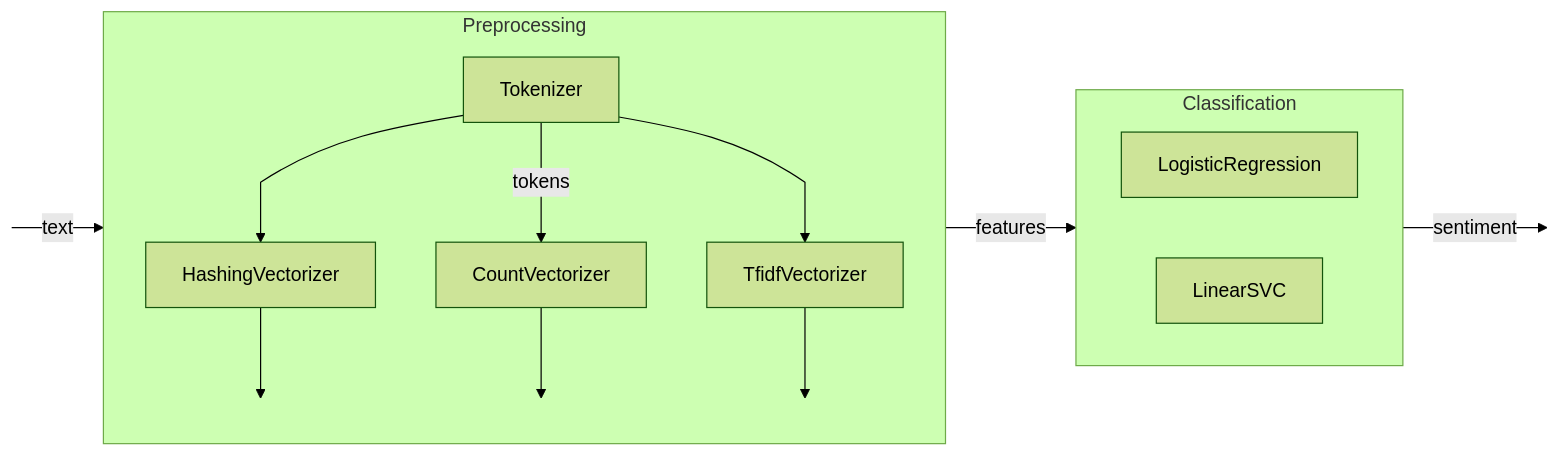
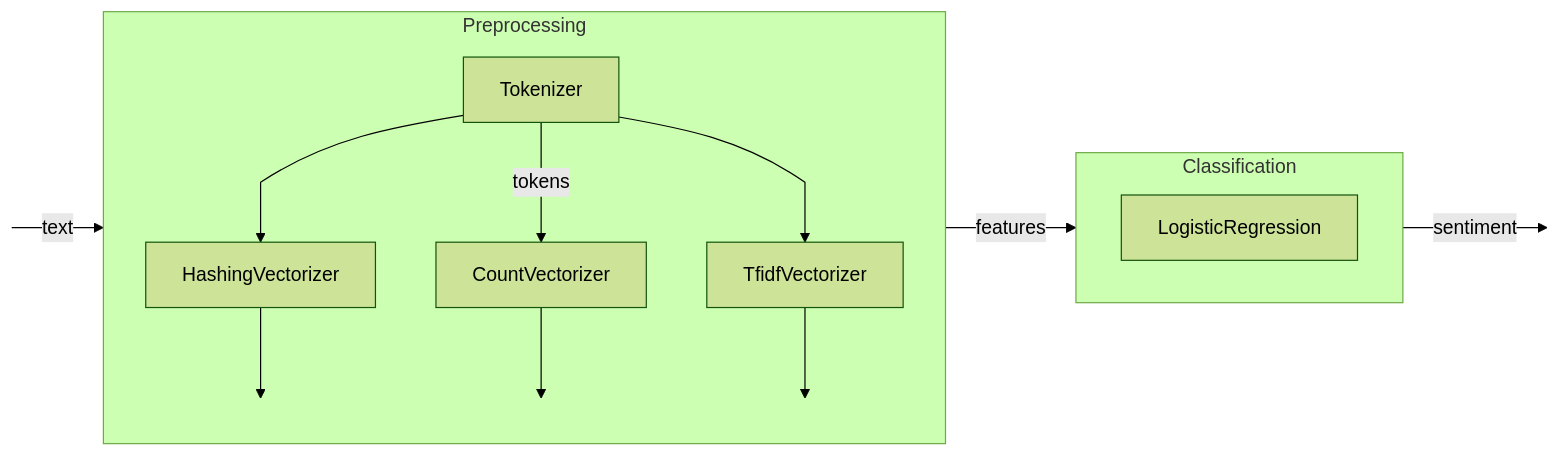
Before and after one commit to Tymec/movie-recommender: the diagram in README.md, drawn with Mermaid (forest theme). The commit also changed other lines of this file and 7 other files, not shown here.

````diff
--- a/README.md
+++ b/README.md
@@ -175,33 +171,32 @@
 ```mermaid
 %%{ init : { "flowchart" : { "curve" : "monotoneX" }}}%%
 graph LR
   START:::hidden --> |text|Preprocessing
 
   subgraph Preprocessing
     direction TB
     A[Tokenizer]
     B1[HashingVectorizer]
     B2[CountVectorizer]
     B3[TfidfVectorizer]
 
     A --> B1
     A --> |tokens|B2
     A --> B3
 
     B1 --> C1:::hidden
     B2 --> C2:::hidden
     B3 --> C3:::hidden
   end
 
   Preprocessing --> |features|Classification
 
   subgraph Classification
     direction LR
     D1[LogisticRegression]
-    D2[LinearSVC]
   end
 
   Classification --> |sentiment|END:::hidden
 
   classDef hidden display: none;
 ```
````
